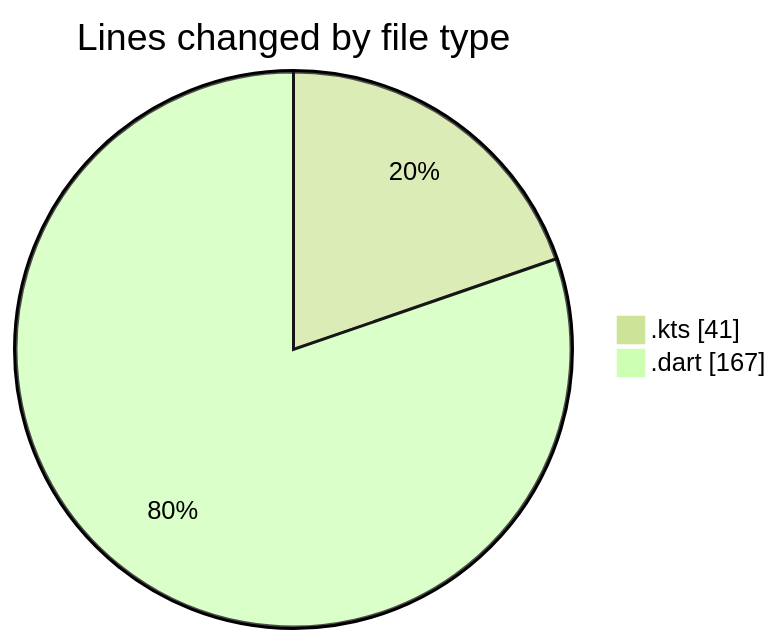
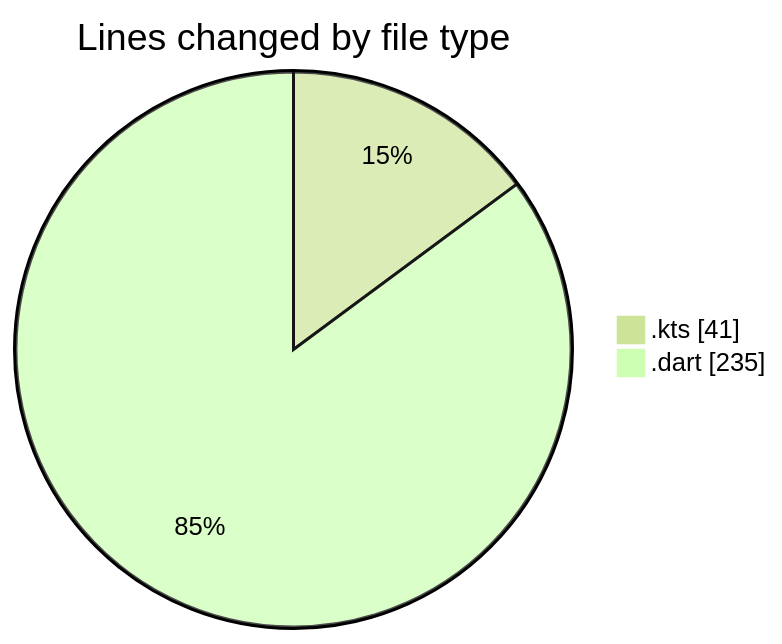
The first of 2 diagrams in 2025-10-20/weather_insights_app/README.md (donsfak/code-tracking), drawn with Mermaid (forest theme) before and after one commit. The commit also changed other lines of this file and 1 other file, not shown here.

````diff
--- a/2025-10-20/weather_insights_app/README.md
+++ b/2025-10-20/weather_insights_app/README.md
@@ -22,6 +22,6 @@
 ```mermaid
 pie showData
 title Lines changed by file type
 ".kts" : 41
-".dart" : 167
+".dart" : 235
 ```
````
